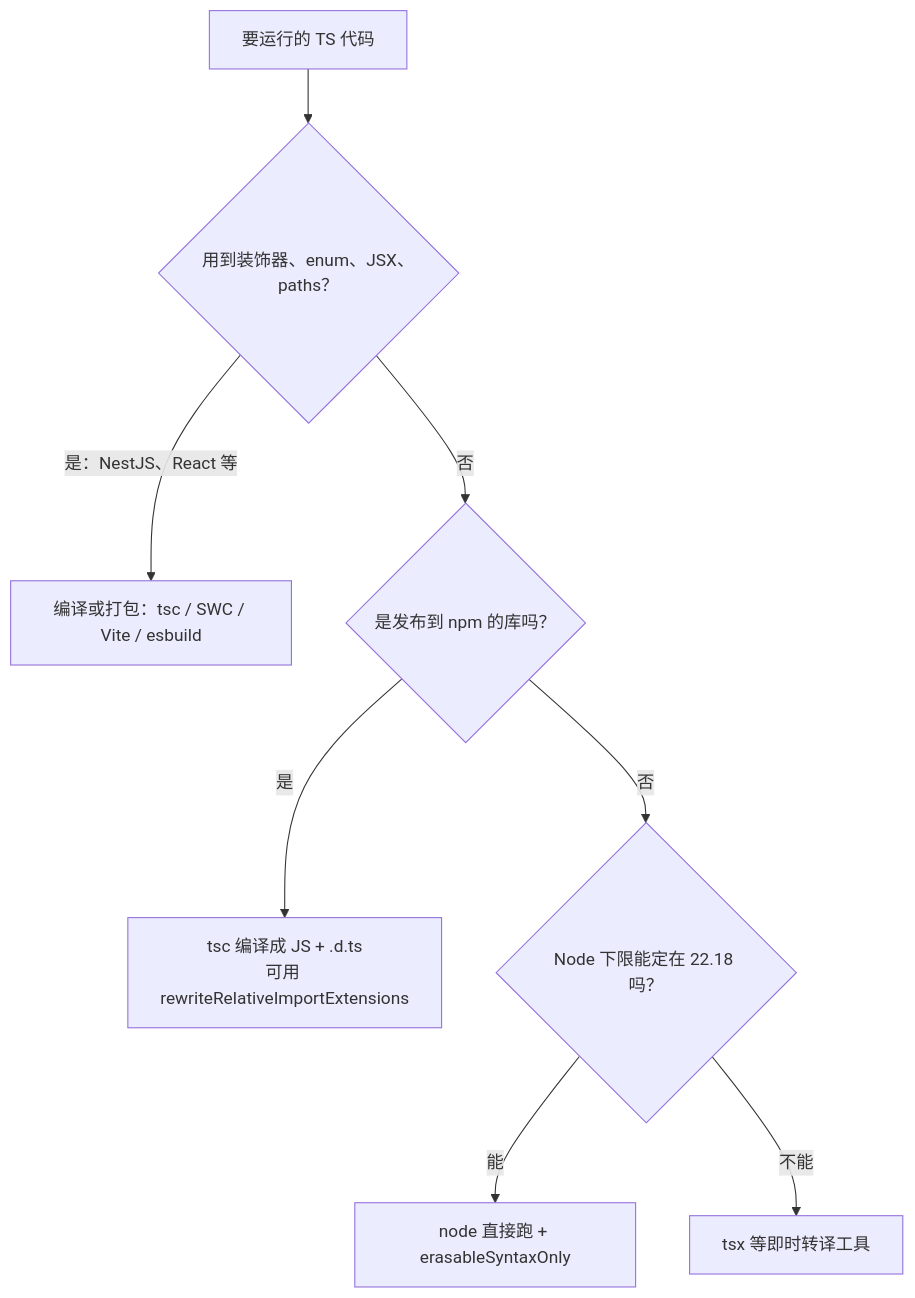
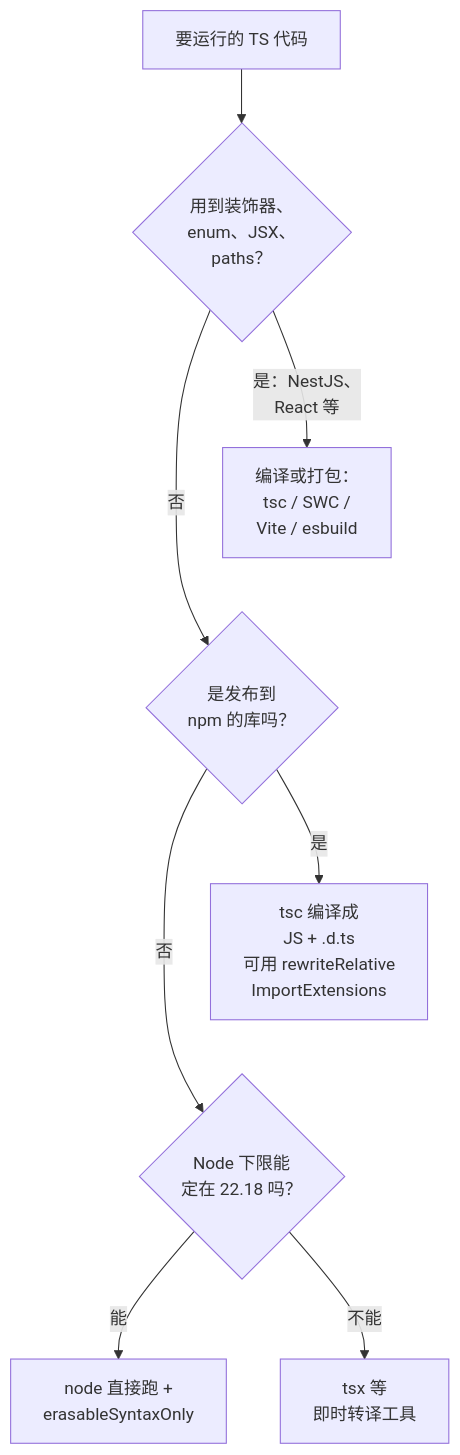
The second of 2 diagrams in books/ts-node-advanced/09-node-runs-ts.md (jarvis-pro/hatch-shelf), drawn with Mermaid before and after one commit. The commit also changed 432 other files, not shown here.

````diff
--- a/books/ts-node-advanced/09-node-runs-ts.md
+++ b/books/ts-node-advanced/09-node-runs-ts.md
@@ -183,10 +183,12 @@
 ```mermaid
 flowchart TD
-  A["要运行的 TS 代码"] --> B{"用到装饰器、enum、JSX、paths？"}
-  B -->|"是：NestJS、React 等"| C["编译或打包：tsc / SWC / Vite / esbuild"]
-  B -->|"否"| D{"是发布到 npm 的库吗？"}
-  D -->|"是"| E["tsc 编译成 JS + .d.ts<br/>可用 rewriteRelativeImportExtensions"]
-  D -->|"否"| F{"Node 下限能定在 22.18 吗？"}
-  F -->|"能"| G["node 直接跑 + erasableSyntaxOnly"]
-  F -->|"不能"| H["tsx 等即时转译工具"]
+  A["要运行的 TS 代码"] --> B{"用到装饰器、<br/>enum、JSX、<br/>paths？"}
+  B -->|"是：NestJS、<br/>React 等"| C["编译或打包：<br/>tsc / SWC /<br/>Vite / esbuild"]
+  B -->|"否"| D{"是发布到<br/>npm 的库吗？"}
+  D -->|"是"| E["tsc 编译成<br/>JS + .d.ts<br/>可用 rewriteRelative<br/>ImportExtensions"]
+  D -->|"否"| F{"Node 下限能<br/>定在 22.18 吗？"}
+  F -->|"能"| G["node 直接跑 +<br/>erasableSyntaxOnly"]
+  F -->|"不能"| H["tsx 等<br/>即时转译工具"]
+  C ~~~ D
+  E ~~~ F
 ```
````
